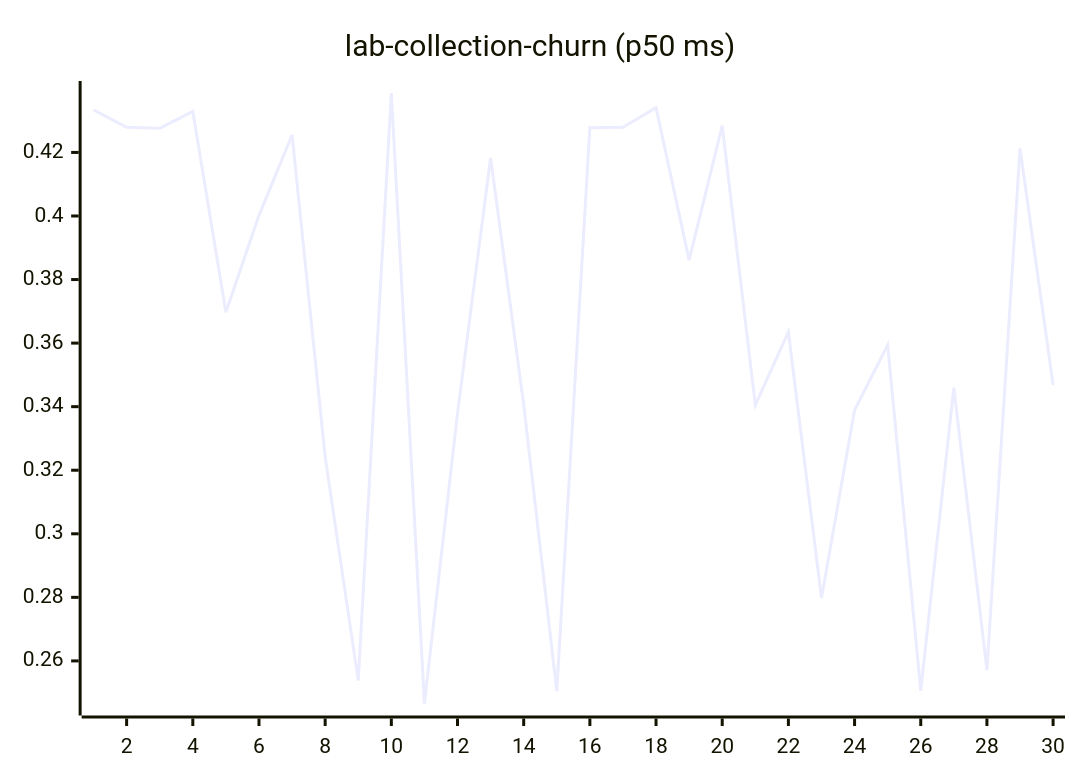
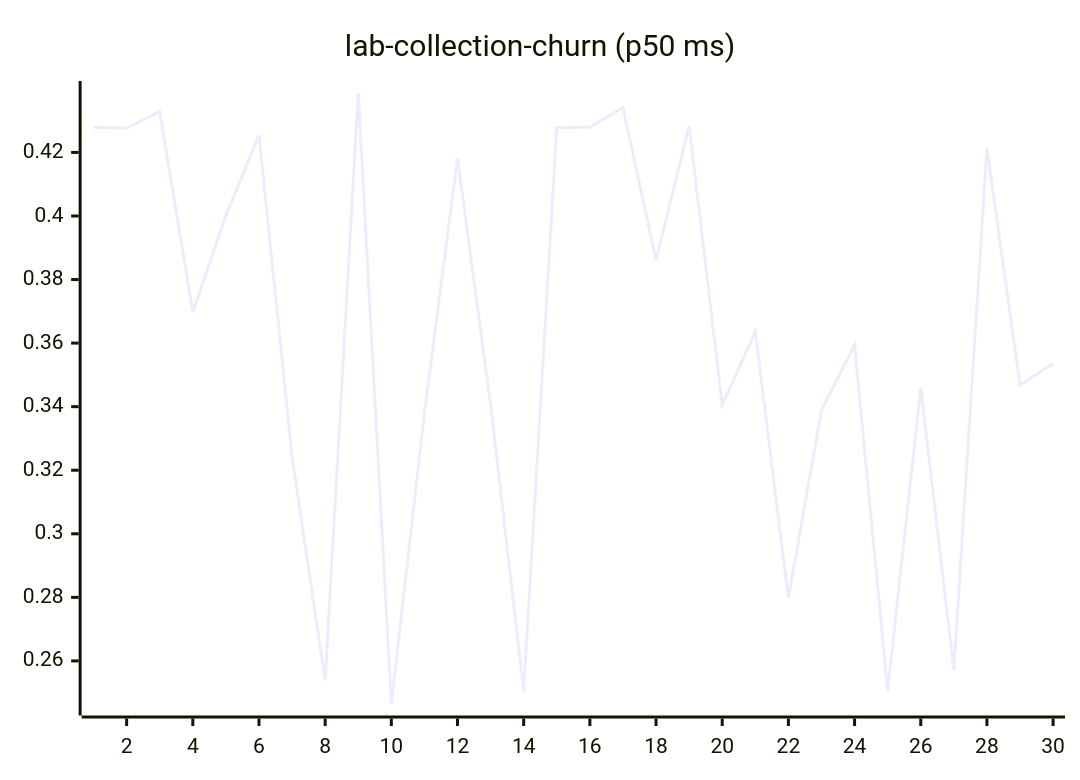
Before and after one commit to josha/Facet: diagram 11 of 27 in README.md, drawn with Mermaid. The commit also changed other lines of this file and 2 other files, not shown here.

````diff
--- a/README.md
+++ b/README.md
@@ -133,6 +133,6 @@
 ```mermaid
 xychart-beta
     title "lab-collection-churn (p50 ms)"
     x-axis 1 --> 30
-    line [0.4334, 0.4279, 0.4276, 0.4329, 0.3697, 0.4002, 0.4255, 0.3242, 0.2538, 0.4387, 0.2466, 0.3379, 0.4183, 0.3407, 0.2505, 0.4278, 0.4279, 0.4341, 0.3861, 0.4284, 0.3405, 0.3635, 0.2798, 0.3389, 0.3594, 0.2506, 0.3460, 0.2571, 0.4213, 0.3468]
+    line [0.4279, 0.4276, 0.4329, 0.3697, 0.4002, 0.4255, 0.3242, 0.2538, 0.4387, 0.2466, 0.3379, 0.4183, 0.3407, 0.2505, 0.4278, 0.4279, 0.4341, 0.3861, 0.4284, 0.3405, 0.3635, 0.2798, 0.3389, 0.3594, 0.2506, 0.3460, 0.2571, 0.4213, 0.3468, 0.3535]
 ```
````
